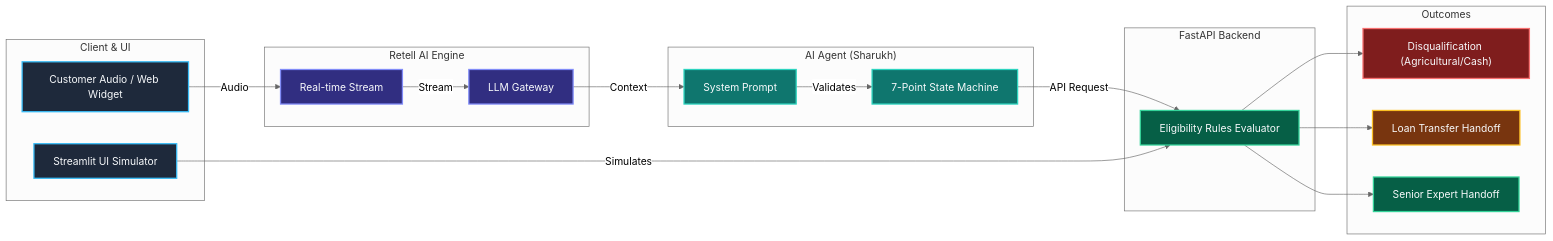
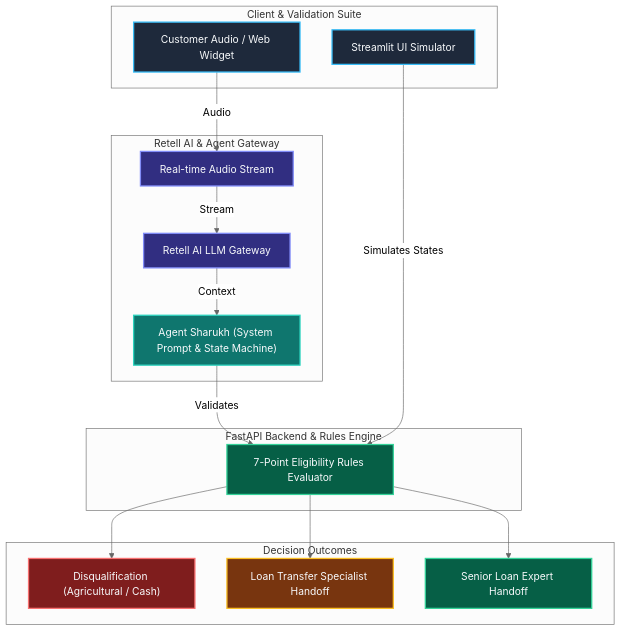
Before and after one commit to subair247/home-credit-lap-voice-agent: the diagram in README.md, drawn with Mermaid (neutral theme).

Commit message:
docs: update README with landscape 3D Mermaid architecture diagram

````diff
--- a/README.md
+++ b/README.md
@@ -9,48 +9,43 @@
 ```mermaid
 
-graph LR
+graph TD
     classDef clientStyle fill:#1E293B,stroke:#38BDF8,stroke-width:2px,color:#F8FAFC;
     classDef engineStyle fill:#312E81,stroke:#818CF8,stroke-width:2px,color:#F8FAFC;
     classDef agentStyle fill:#0F766E,stroke:#2DD4BF,stroke-width:2px,color:#F8FAFC;
     classDef successStyle fill:#065F46,stroke:#34D399,stroke-width:2px,color:#F8FAFC;
     classDef warningStyle fill:#78350F,stroke:#FBBF24,stroke-width:2px,color:#F8FAFC;
     classDef dangerStyle fill:#7F1D1D,stroke:#F87171,stroke-width:2px,color:#F8FAFC;
 
-    subgraph Client ["Client & UI"]
+    subgraph Client ["Client & Validation Suite"]
         A["Customer Audio / Web Widget"]:::clientStyle
         G["Streamlit UI Simulator"]:::clientStyle
     end
 
-    subgraph Retell ["Retell AI Engine"]
-        B["Real-time Stream"]:::engineStyle
-        C["LLM Gateway"]:::engineStyle
+    subgraph Engine ["Retell AI & Agent Gateway"]
+        B["Real-time Audio Stream"]:::engineStyle
+        C["Retell AI LLM Gateway"]:::engineStyle
+        D["Agent Sharukh (System Prompt & State Machine)"]:::agentStyle
     end
 
-    subgraph Agent ["AI Agent (Sharukh)"]
-        D["System Prompt"]:::agentStyle
-        E["7-Point State Machine"]:::agentStyle
+    subgraph Backend ["FastAPI Backend & Rules Engine"]
+        F["7-Point Eligibility Rules Evaluator"]:::successStyle
     end
 
-    subgraph Backend ["FastAPI Backend"]
-        F["Eligibility Rules Evaluator"]:::successStyle
-    end
-
-    subgraph Outcomes ["Outcomes"]
-        H["Disqualification (Agricultural/Cash)"]:::dangerStyle
-        I["Loan Transfer Handoff"]:::warningStyle
-        J["Senior Expert Handoff"]:::successStyle
+    subgraph Outcomes ["Decision Outcomes"]
+        H["Disqualification (Agricultural / Cash)"]:::dangerStyle
+        I["Loan Transfer Specialist Handoff"]:::warningStyle
+        J["Senior Loan Expert Handoff"]:::successStyle
     end
 
     %% Flow Connections
-    A -->|Audio| B
-    B -->|Stream| C
-    C -->|Context| D
-    D -->|Validates| E
-    E -->|API Request| F
-    G -->|Simulates| F
+    A -->|"Audio"| B
+    B -->|"Stream"| C
+    C -->|"Context"| D
+    D -->|"Validates"| F
+    G -->|"Simulates States"| F
 
-    %% Outcome Routing
+    %% Routing
     F --> H
     F --> I
     F --> J
 ```
````
